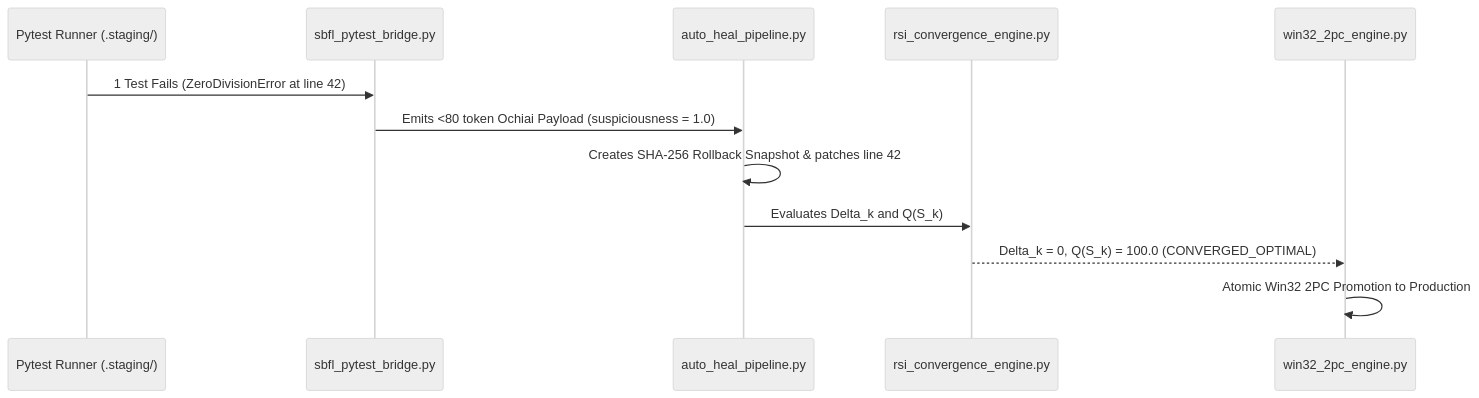
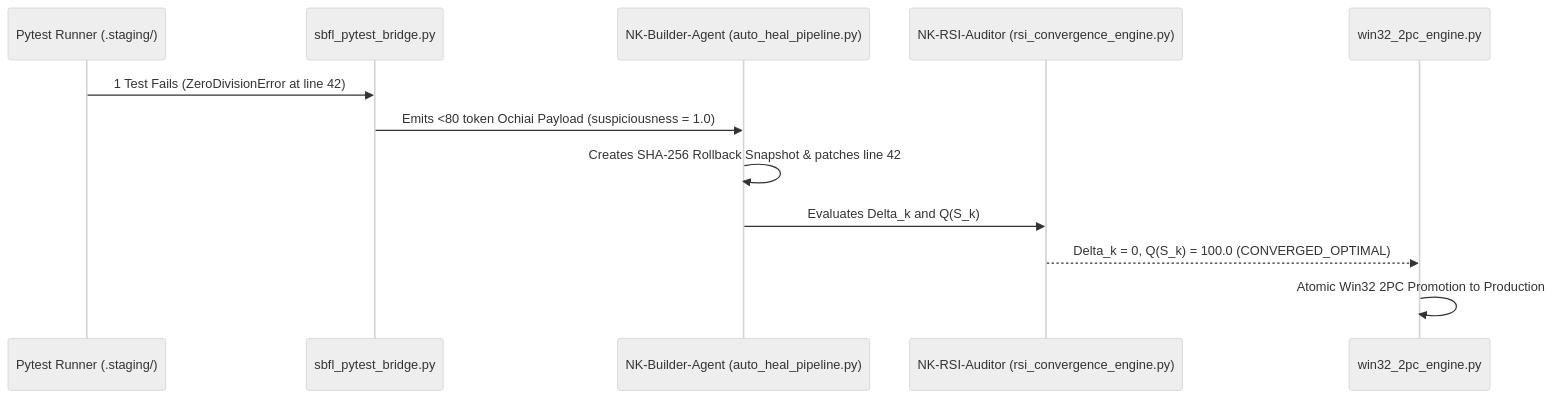
One commit to erbaldo86/NK-Hub changed the second of 2 diagrams in README.md. Above: the diagram before and after it, drawn with Mermaid (neutral theme). The commit also changed other lines of this file and 47 other files, not shown here.

````diff
--- a/README.md
+++ b/README.md
@@ -188,14 +195,14 @@
 ```mermaid
 sequenceDiagram
     participant Test as Pytest Runner (.staging/)
     participant Bridge as sbfl_pytest_bridge.py
-    participant Heal as auto_heal_pipeline.py
-    participant RSI as rsi_convergence_engine.py
+    participant Builder as NK-Builder-Agent (auto_heal_pipeline.py)
+    participant RSI as NK-RSI-Auditor (rsi_convergence_engine.py)
     participant Commit as win32_2pc_engine.py
     Test->>Bridge: 1 Test Fails (ZeroDivisionError at line 42)
-    Bridge->>Heal: Emits <80 token Ochiai Payload (suspiciousness = 1.0)
-    Heal->>Heal: Creates SHA-256 Rollback Snapshot & patches line 42
-    Heal->>RSI: Evaluates Delta_k and Q(S_k)
+    Bridge->>Builder: Emits <80 token Ochiai Payload (suspiciousness = 1.0)
+    Builder->>Builder: Creates SHA-256 Rollback Snapshot & patches line 42
+    Builder->>RSI: Evaluates Delta_k and Q(S_k)
     RSI-->>Commit: Delta_k = 0, Q(S_k) = 100.0 (CONVERGED_OPTIMAL)
     Commit->>Commit: Atomic Win32 2PC Promotion to Production
 ```
````
